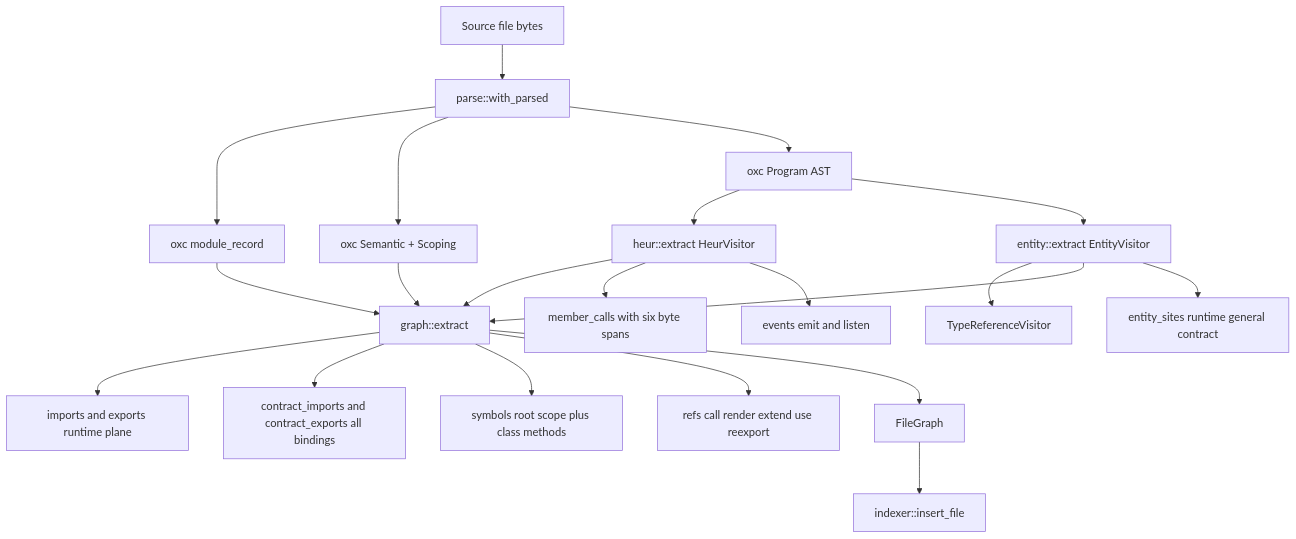
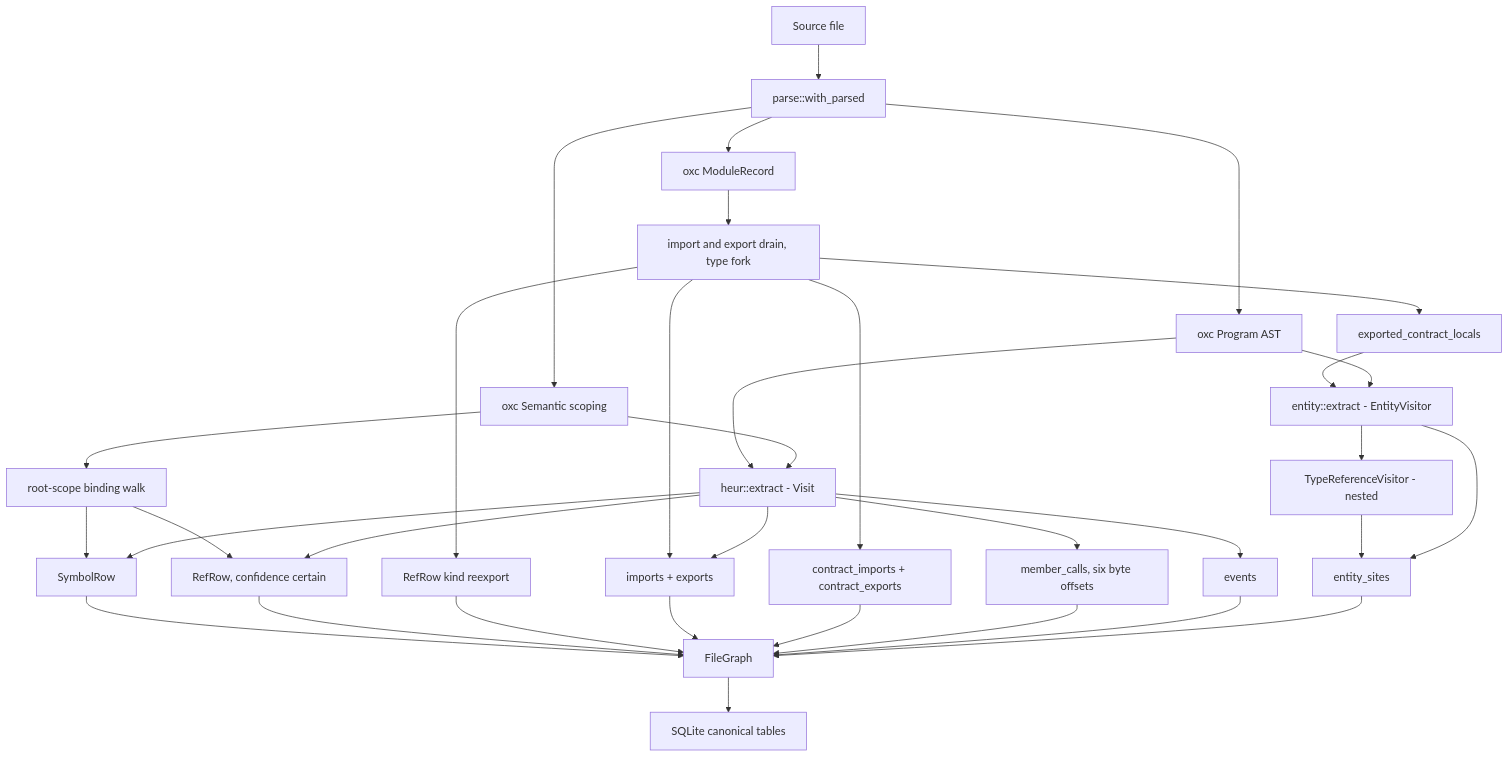
One commit to iantocristian/jscout changed the first of 3 diagrams in docs/codebase-analysis/03-structural-extraction.md. Above: the diagram before and after it, drawn with Mermaid. The commit also changed other lines of this file and 28 other files, not shown here.

````diff
--- a/docs/codebase-analysis/03-structural-extraction.md
+++ b/docs/codebase-analysis/03-structural-extraction.md
@@ -17,23 +19,36 @@
 ```mermaid
 flowchart TD
-    SRC["Source file bytes"] --> PARSE["parse::with_parsed"]
-    PARSE --> REC["oxc module_record"]
-    PARSE --> SEM["oxc Semantic + Scoping"]
-    PARSE --> PROG["oxc Program AST"]
-    REC --> GX["graph::extract"]
-    SEM --> GX
-    PROG --> HEUR["heur::extract HeurVisitor"]
-    PROG --> ENT["entity::extract EntityVisitor"]
-    ENT --> TRV["TypeReferenceVisitor"]
-    HEUR --> GX
-    ENT --> GX
-    GX --> IMP["imports and exports runtime plane"]
-    GX --> CIMP["contract_imports and contract_exports all bindings"]
-    GX --> SYM["symbols root scope plus class methods"]
-    GX --> REFS["refs call render extend use reexport"]
-    HEUR --> MC["member_calls with six byte spans"]
-    HEUR --> EV["events emit and listen"]
-    ENT --> ES["entity_sites runtime general contract"]
-    GX --> FG["FileGraph"]
-    FG --> INS["indexer::insert_file"]
+  SRC["Source file"] --> PARSE["parse::with_parsed"]
+  PARSE --> AST["oxc Program AST"]
+  PARSE --> REC["oxc ModuleRecord"]
+  PARSE --> SEM["oxc Semantic scoping"]
+  AST --> HEUR["heur::extract - Visit"]
+  SEM --> HEUR
+  REC --> FORK["import and export drain, type fork"]
+  FORK --> CONTRACT["contract_imports + contract_exports"]
+  FORK --> RUNTIME["imports + exports"]
+  FORK --> ECL["exported_contract_locals"]
+  FORK --> REEX["RefRow kind reexport"]
+  ECL --> ENT["entity::extract - EntityVisitor"]
+  AST --> ENT
+  ENT --> TRV["TypeReferenceVisitor - nested"]
+  TRV --> ES["entity_sites"]
+  ENT --> ES
+  SEM --> BIND["root-scope binding walk"]
+  BIND --> SYM["SymbolRow"]
+  BIND --> REF["RefRow, confidence certain"]
+  HEUR --> SYM
+  HEUR --> RUNTIME
+  HEUR --> REF
+  HEUR --> MC["member_calls, six byte offsets"]
+  HEUR --> EV["events"]
+  SYM --> FG["FileGraph"]
+  REF --> FG
+  REEX --> FG
+  RUNTIME --> FG
+  CONTRACT --> FG
+  MC --> FG
+  EV --> FG
+  ES --> FG
+  FG --> DB["SQLite canonical tables"]
 ```
````
